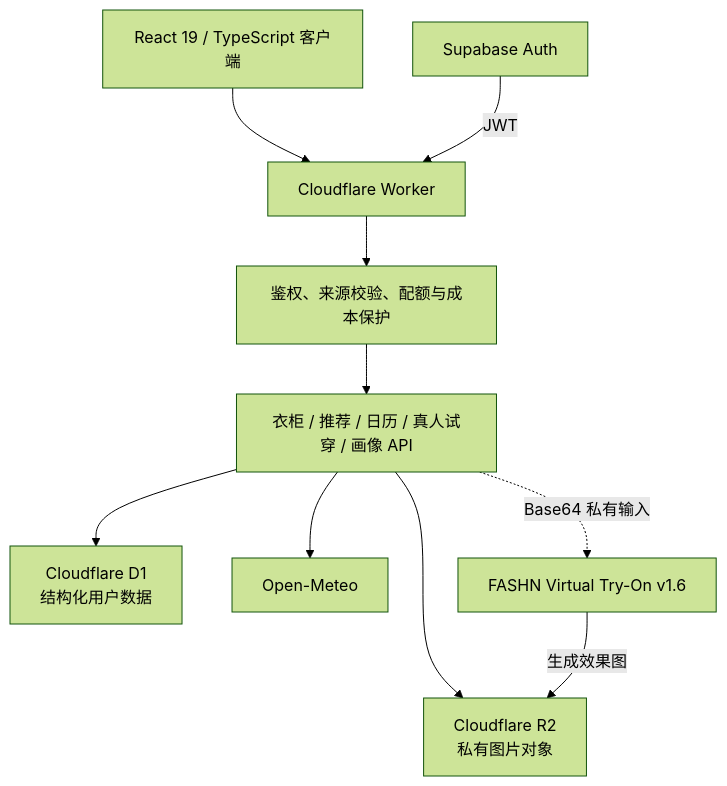
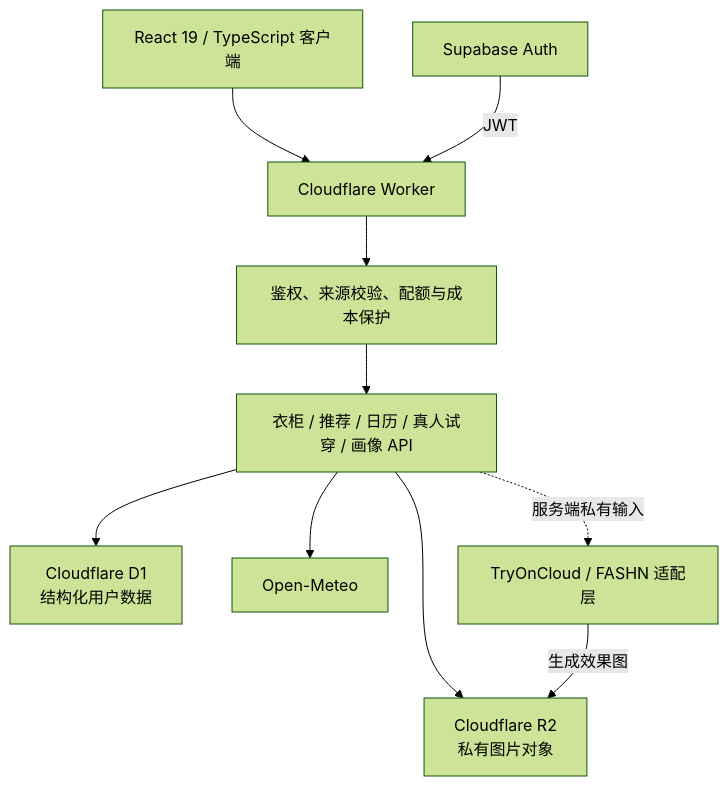
Before and after one commit to XinyuGao888/muse-closet-ai: the second of 2 diagrams in README.md, drawn with Mermaid (forest theme). The commit also changed other lines of this file and 9 other files, not shown here.

Commit message:
feat: add live TryOnCloud virtual try-on

````diff
--- a/README.md
+++ b/README.md
@@ -126,12 +130,12 @@
 ```mermaid
 flowchart TB
   U["React 19 / TypeScript 客户端"] --> W["Cloudflare Worker"]
   S["Supabase Auth"] -->|"JWT"| W
   W --> A["鉴权、来源校验、配额与成本保护"]
   A --> API["衣柜 / 推荐 / 日历 / 真人试穿 / 画像 API"]
   API --> D1["Cloudflare D1\n结构化用户数据"]
   API --> R2["Cloudflare R2\n私有图片对象"]
   API --> OM["Open-Meteo"]
-  API -. "Base64 私有输入" .-> AI["FASHN Virtual Try-On v1.6"]
+  API -. "服务端私有输入" .-> AI["TryOnCloud / FASHN 适配层"]
   AI -->|"生成效果图"| R2
 ```
````
